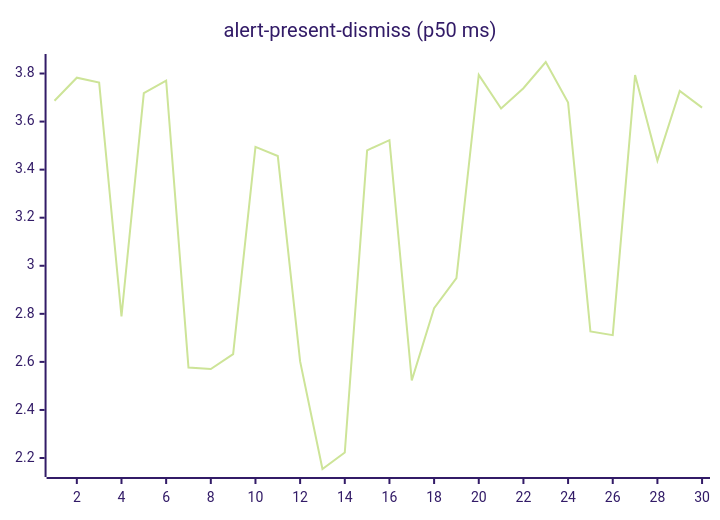
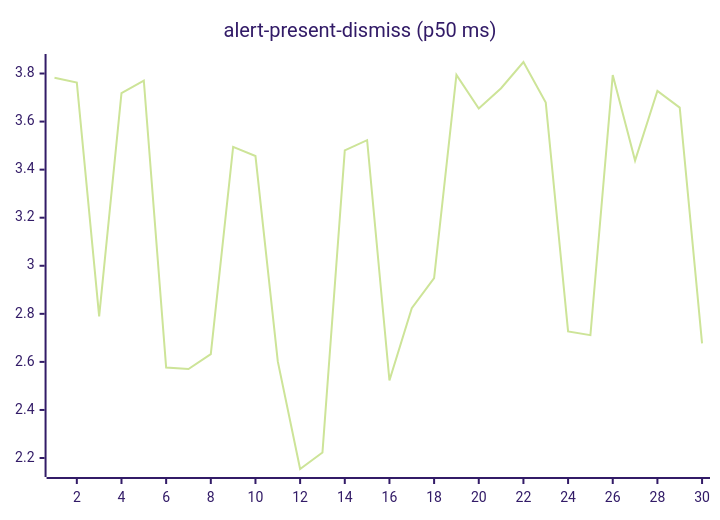
One commit to josha/Facet changed the second of 27 diagrams in README.md. Above: the diagram before and after it, drawn with Mermaid (forest theme). The commit also changed other lines of this file and 2 other files, not shown here.

````diff
--- a/README.md
+++ b/README.md
@@ -70,6 +70,6 @@
 ```mermaid
 xychart-beta
     title "alert-present-dismiss (p50 ms)"
     x-axis 1 --> 30
-    line [3.6869, 3.7826, 3.7621, 2.7891, 3.7187, 3.7708, 2.5766, 2.5704, 2.6324, 3.4949, 3.4566, 2.6019, 2.1543, 2.2230, 3.4803, 3.5227, 2.5229, 2.8233, 2.9484, 3.7942, 3.6546, 3.7386, 3.8479, 3.6788, 2.7270, 2.7111, 3.7936, 3.4376, 3.7274, 3.6582]
+    line [3.7826, 3.7621, 2.7891, 3.7187, 3.7708, 2.5766, 2.5704, 2.6324, 3.4949, 3.4566, 2.6019, 2.1543, 2.2230, 3.4803, 3.5227, 2.5229, 2.8233, 2.9484, 3.7942, 3.6546, 3.7386, 3.8479, 3.6788, 2.7270, 2.7111, 3.7936, 3.4376, 3.7274, 3.6582, 2.6769]
 ```
````
